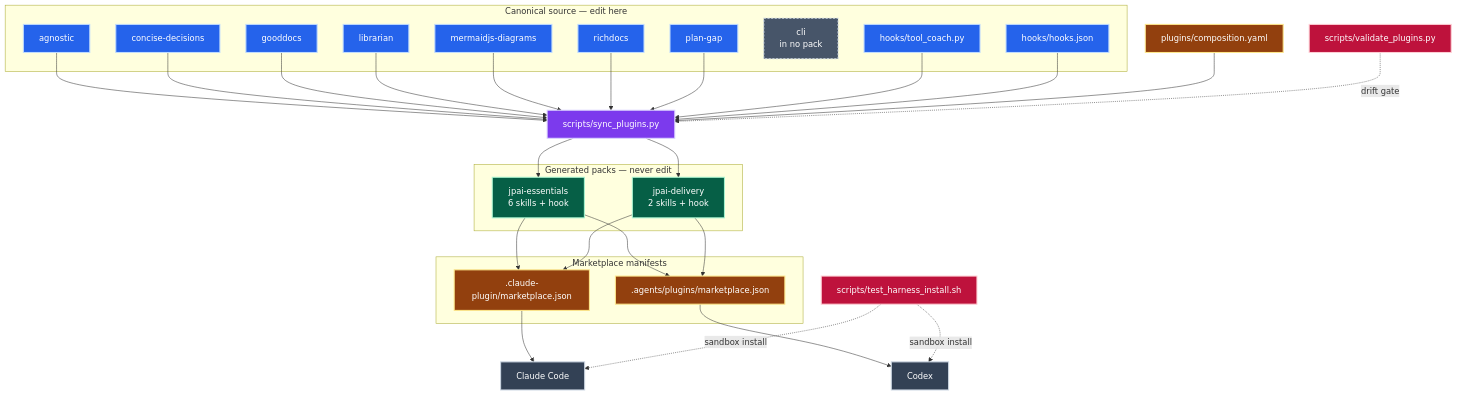
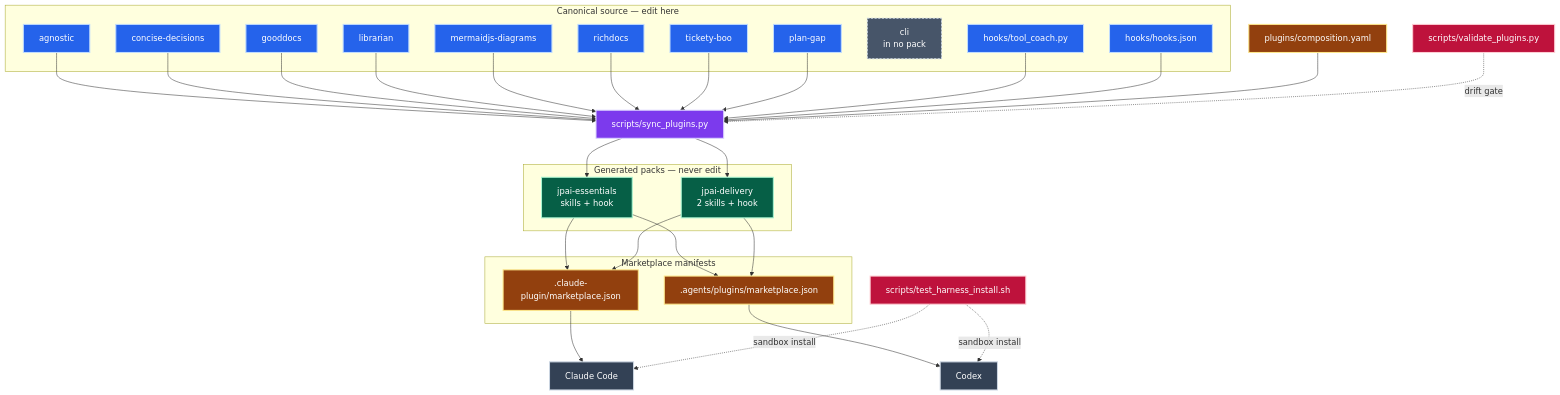
One commit to jpeakai/skills changed the second of 2 diagrams in README.md. Above: the diagram before and after it, drawn with Mermaid. The commit also changed other lines of this file and 22 other files, not shown here.

First line of the commit message:
feat(tickety-boo): follow a repo's TICKETING.md for tickets, WIP and cleanup

````diff
--- a/README.md
+++ b/README.md
@@ -156,53 +157,54 @@
 ```mermaid
 flowchart TB
     subgraph canon["Canonical source — edit here"]
         AG[agnostic]:::src
         CD[concise-decisions]:::src
         GD[gooddocs]:::src
         LB[librarian]:::src
         MD[mermaidjs-diagrams]:::src
         RD[richdocs]:::src
+        TB[tickety-boo]:::src
         PG[plan-gap]:::src
         CLI["cli<br/>in no pack"]:::orphan
         TC["hooks/tool_coach.py"]:::src
         HJ["hooks/hooks.json"]:::src
     end
 
     CF["plugins/composition.yaml"]:::cfg
     SY["scripts/sync_plugins.py"]:::proc
     VL["scripts/validate_plugins.py"]:::gate
     TH["scripts/test_harness_install.sh"]:::gate
 
     subgraph packs["Generated packs — never edit"]
-        ES["jpai-essentials<br/>6 skills + hook"]:::pack
+        ES["jpai-essentials<br/>skills + hook"]:::pack
         DL["jpai-delivery<br/>2 skills + hook"]:::pack
     end
 
     subgraph mkt["Marketplace manifests"]
         CM[".claude-plugin/marketplace.json"]:::cfg
         XM[".agents/plugins/marketplace.json"]:::cfg
     end
 
     CC["Claude Code"]:::host
     CX["Codex"]:::host
 
-    AG & CD & GD & LB & MD & RD --> SY
+    AG & CD & GD & LB & MD & RD & TB --> SY
     PG --> SY
     TC & HJ --> SY
     CF --> SY
     SY --> ES
     SY --> DL
     VL -.->|drift gate| SY
     ES & DL --> CM --> CC
     ES & DL --> XM --> CX
     TH -.->|sandbox install| CC
     TH -.->|sandbox install| CX
 
     classDef src    fill:#2563eb,stroke:#bfdbfe,color:#ffffff,stroke-width:2px
     classDef orphan fill:#475569,stroke:#cbd5e1,color:#ffffff,stroke-width:2px,stroke-dasharray:4 3
     classDef cfg    fill:#92400e,stroke:#fde68a,color:#ffffff,stroke-width:2px
     classDef proc   fill:#7c3aed,stroke:#ddd6fe,color:#ffffff,stroke-width:2px
     classDef gate   fill:#be123c,stroke:#fecdd3,color:#ffffff,stroke-width:2px
     classDef pack   fill:#065f46,stroke:#a7f3d0,color:#ffffff,stroke-width:2px
     classDef host   fill:#334155,stroke:#cbd5e1,color:#ffffff,stroke-width:2px
 ```
````
